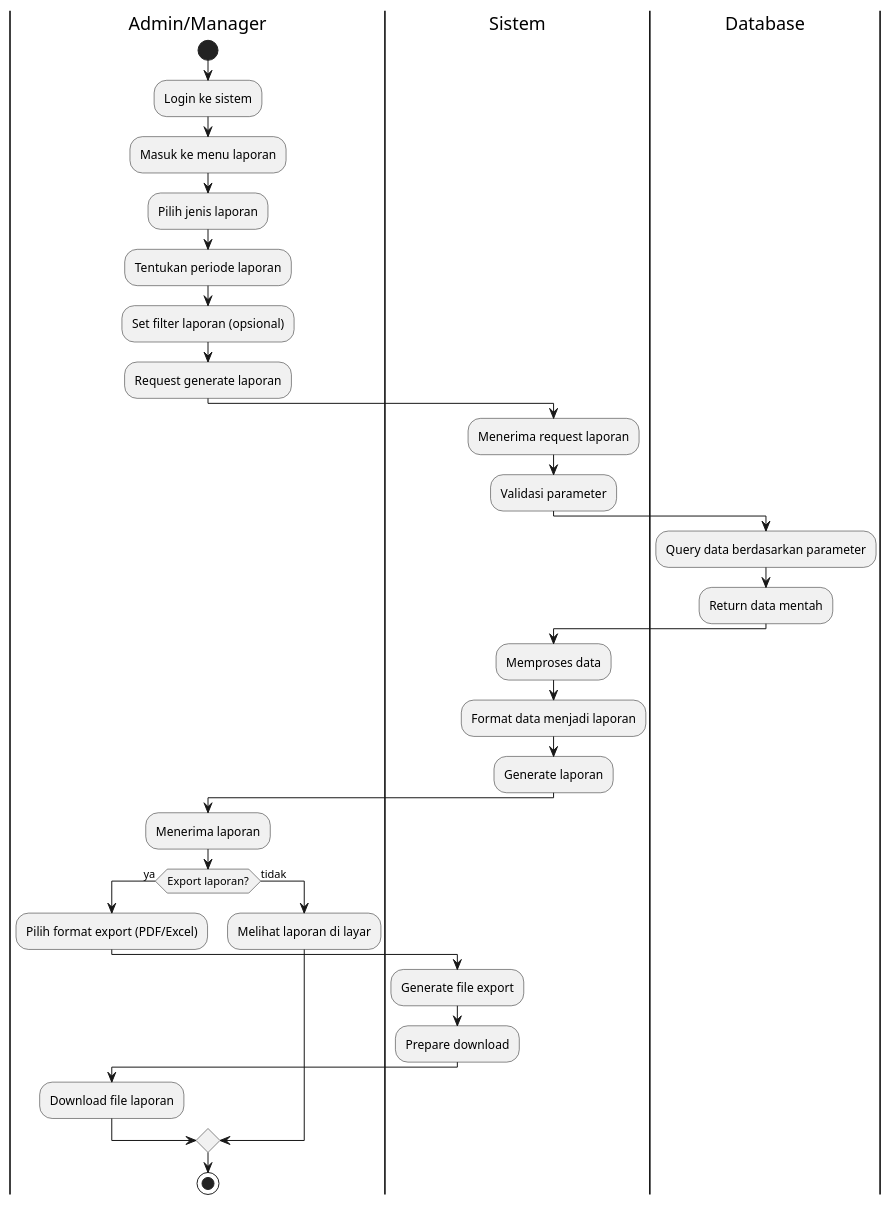
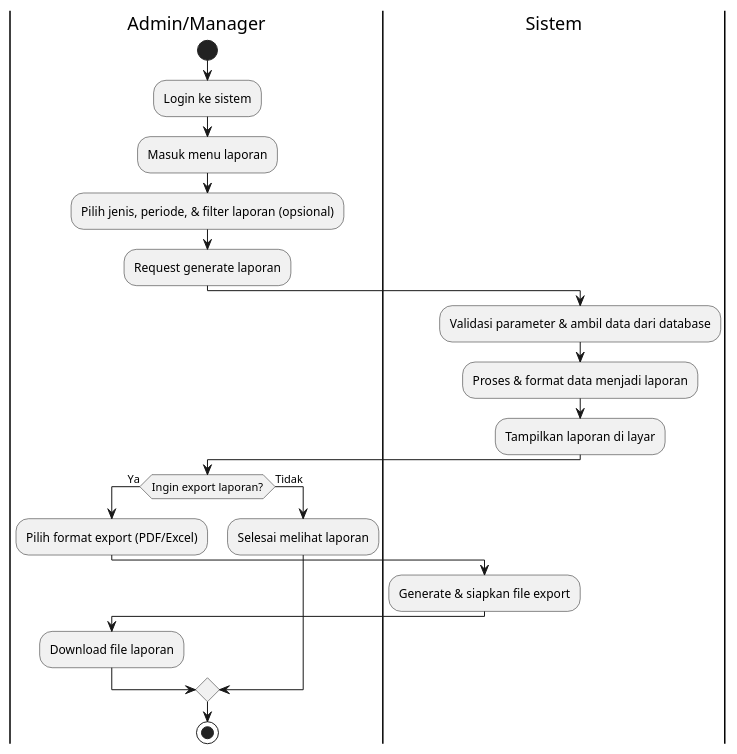
The diagram in JurnalAPPL/ActivityDiagram/generateLaporan.puml (myasirnovals/Appl), drawn with PlantUML before and after one commit. The commit also changed 92 other files, not shown here.

Commit message:
memperbaiki seluruh diagram

```diff
--- a/JurnalAPPL/ActivityDiagram/generateLaporan.puml
+++ b/JurnalAPPL/ActivityDiagram/generateLaporan.puml
@@ -1,37 +1,25 @@
 @startuml
 |Admin/Manager|
 start
 :Login ke sistem;
-:Masuk ke menu laporan;
-:Pilih jenis laporan;
-:Tentukan periode laporan;
-:Set filter laporan (opsional);
+:Masuk menu laporan;
+:Pilih jenis, periode, & filter laporan (opsional);
 :Request generate laporan;
 
 |Sistem|
-:Menerima request laporan;
-:Validasi parameter;
-
-|Database|
-:Query data berdasarkan parameter;
-:Return data mentah;
-
-|Sistem|
-:Memproses data;
-:Format data menjadi laporan;
-:Generate laporan;
+:Validasi parameter & ambil data dari database;
+:Proses & format data menjadi laporan;
+:Tampilkan laporan di layar;
 
 |Admin/Manager|
-:Menerima laporan;
-if (Export laporan?) then (ya)
+if (Ingin export laporan?) then (Ya)
   :Pilih format export (PDF/Excel);
   |Sistem|
-  :Generate file export;
-  :Prepare download;
+  :Generate & siapkan file export;
   |Admin/Manager|
   :Download file laporan;
-else (tidak)
-  :Melihat laporan di layar;
+else (Tidak)
+  :Selesai melihat laporan;
 endif
 stop
 @enduml
```
